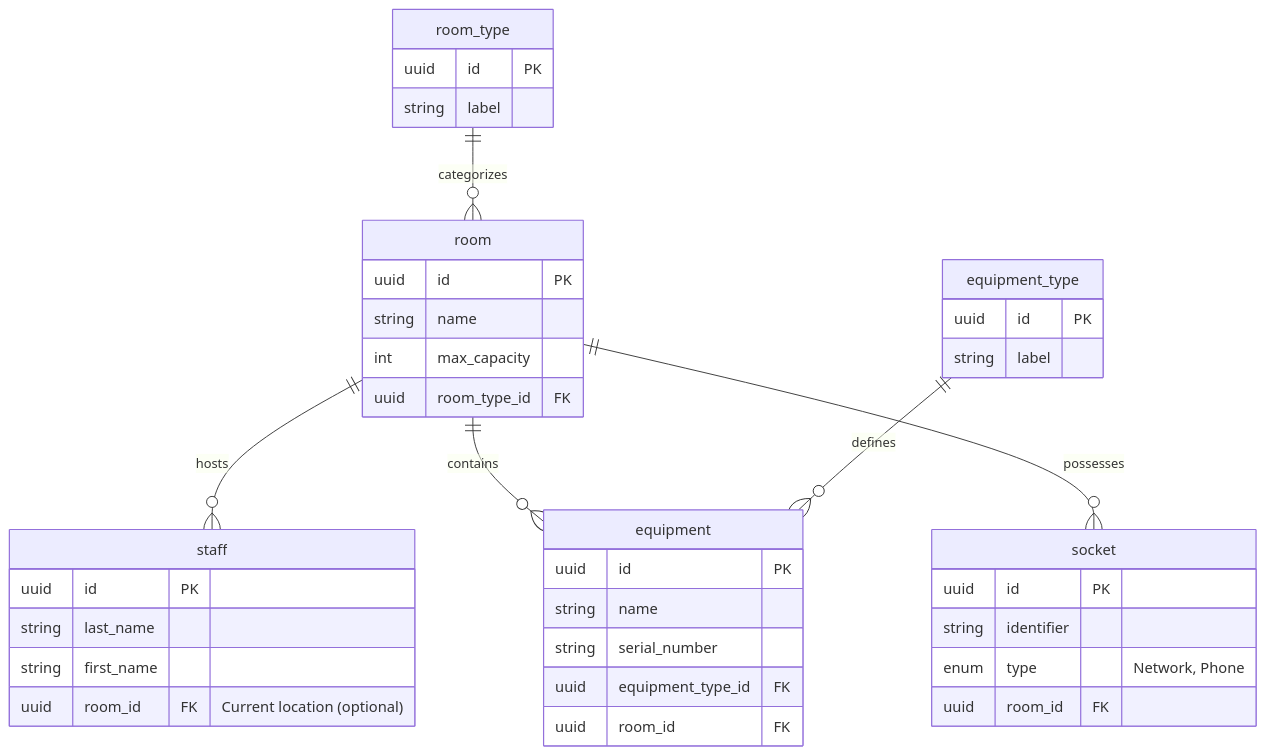
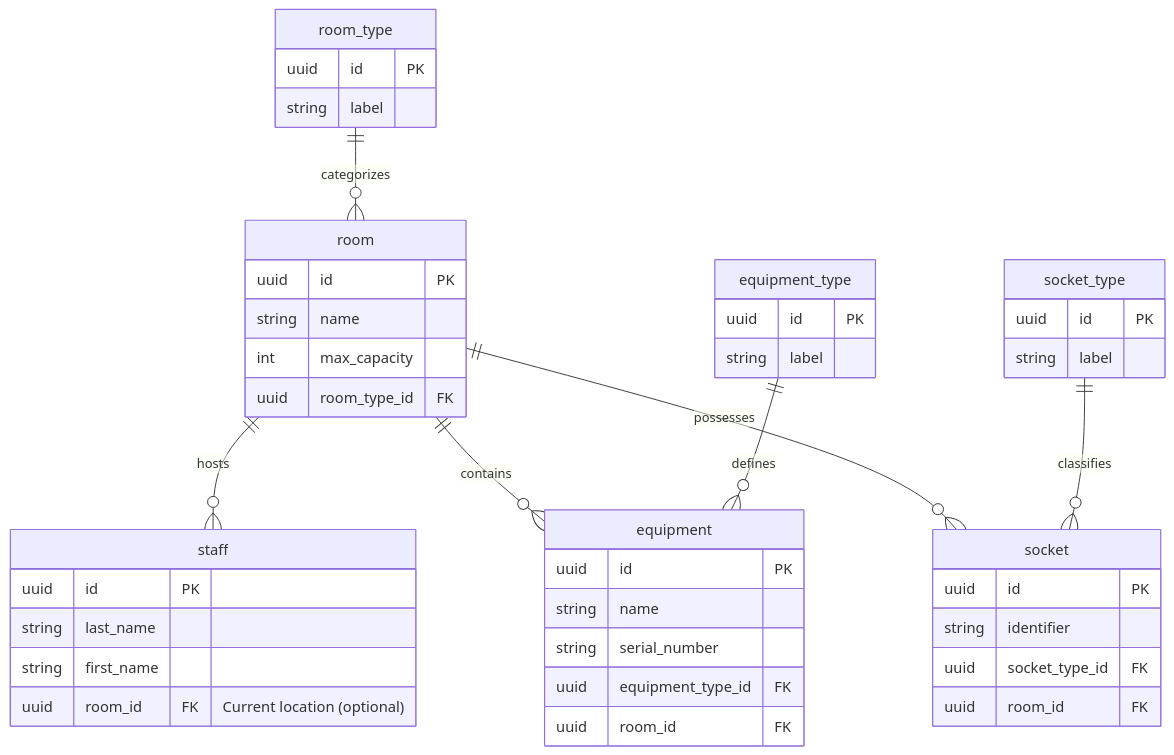
Before and after one commit to HugoMagret/Gestion_locaux: the diagram in database_schema.md, drawn with Mermaid. The commit also changed other lines of this file and 1 other file, not shown here.

Commit message:
Add database schem

````diff
--- a/database_schema.md
+++ b/database_schema.md
@@ -7,47 +7,53 @@
 ```mermaid
 erDiagram
     room_type ||--o{ room : "categorizes"
     room ||--o{ staff : "hosts"
     room ||--o{ equipment : "contains"
     room ||--o{ socket : "possesses"
     equipment_type ||--o{ equipment : "defines"
+    socket_type ||--o{ socket : "classifies"
 
     room {
         uuid id PK
         string name
         int max_capacity
         uuid room_type_id FK
     }
 
     room_type {
         uuid id PK
         string label
     }
 
     staff {
         uuid id PK
         string last_name
         string first_name
         uuid room_id FK "Current location (optional)"
     }
 
     equipment {
         uuid id PK
         string name
         string serial_number
         uuid equipment_type_id FK
         uuid room_id FK
     }
 
     equipment_type {
         uuid id PK
         string label
     }
 
     socket {
         uuid id PK
         string identifier
-        enum type "Network, Phone"
+        uuid socket_type_id FK
         uuid room_id FK
     }
+
+    socket_type {
+        uuid id PK
+        string label
+    }
 ```
````
